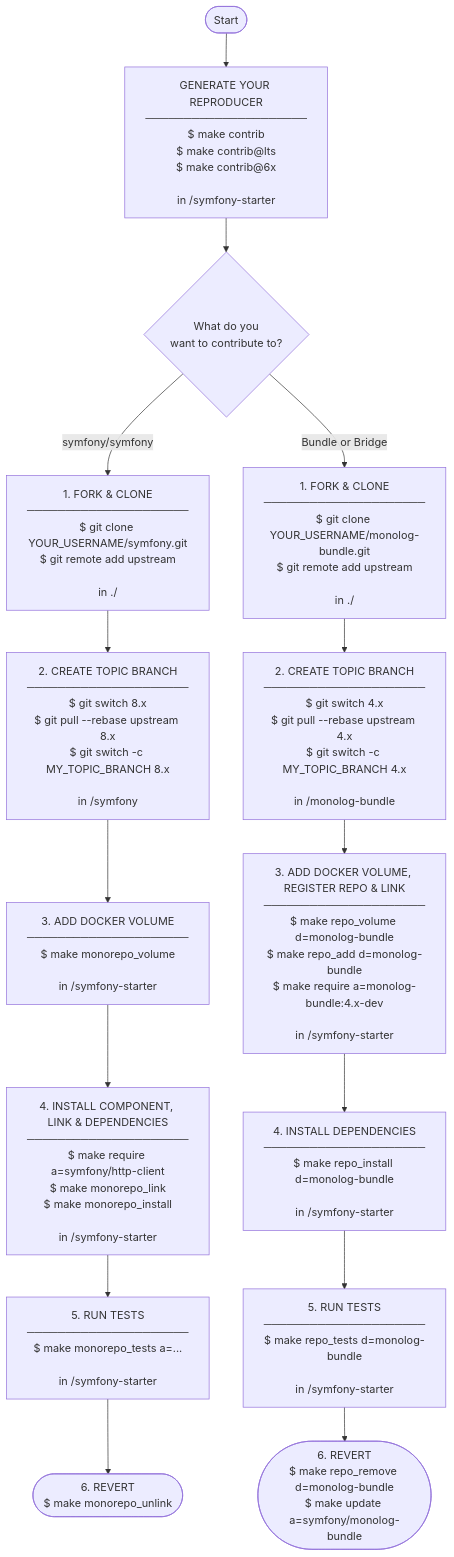
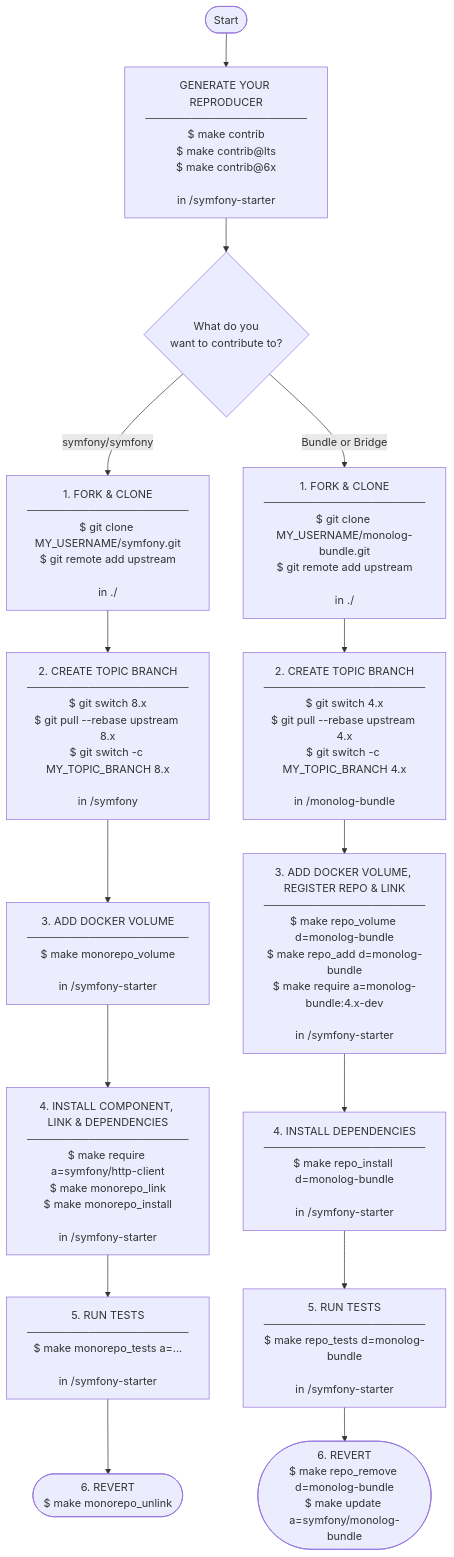
The diagram in .starter/docs/contrib.md (jprivet-dev/symfony-starter), drawn with Mermaid before and after one commit. The commit also changed other lines of this file and 1 other file, not shown here.

Commit message:
docs(all): use MY_USERNAME instead

````diff
--- a/.starter/docs/contrib.md
+++ b/.starter/docs/contrib.md
@@ -238,32 +238,32 @@
 ```mermaid
 flowchart TD
   START([Start]) --> REPRODUCER
   REPRODUCER["GENERATE YOUR REPRODUCER\n─────────────────────\n$ make contrib\n$ make contrib@lts\n$ make contrib@6x\n\nin /symfony-starter"]
   REPRODUCER --> CHOICE{What do you\nwant to contribute to?}
   CHOICE -->|symfony/symfony| M1
   CHOICE -->|Bundle or Bridge| B1
 %% ── MONOREPO WORKFLOW ──────────────────────────────────────
-  M1["1. FORK & CLONE\n─────────────────────\n$ git clone YOUR_USERNAME/symfony.git\n$ git remote add upstream\n\nin ./"]
+  M1["1. FORK & CLONE\n─────────────────────\n$ git clone MY_USERNAME/symfony.git\n$ git remote add upstream\n\nin ./"]
   M1 --> M2
   M2["2. CREATE TOPIC BRANCH\n─────────────────────\n$ git switch 8.x\n$ git pull --rebase upstream 8.x\n$ git switch -c MY_TOPIC_BRANCH 8.x\n\nin /symfony"]
   M2 --> M3
   M3["3. ADD DOCKER VOLUME\n─────────────────────\n$ make monorepo_volume\n\nin /symfony-starter"]
   M3 --> M4
   M4["4. INSTALL COMPONENT, LINK & DEPENDENCIES\n─────────────────────\n$ make require a=symfony/http-client\n$ make monorepo_link\n$ make monorepo_install\n\nin /symfony-starter"]
   M4 --> M5
   M5["5. RUN TESTS\n─────────────────────\n$ make monorepo_tests a=...\n\nin /symfony-starter"]
   M5 --> M6
   M6(["6. REVERT\n$ make monorepo_unlink"])
 %% ── BUNDLE WORKFLOW ────────────────────────────────────────
-  B1["1. FORK & CLONE\n─────────────────────\n$ git clone YOUR_USERNAME/monolog-bundle.git\n$ git remote add upstream\n\nin ./"]
+  B1["1. FORK & CLONE\n─────────────────────\n$ git clone MY_USERNAME/monolog-bundle.git\n$ git remote add upstream\n\nin ./"]
   B1 --> B2
   B2["2. CREATE TOPIC BRANCH\n─────────────────────\n$ git switch 4.x\n$ git pull --rebase upstream 4.x\n$ git switch -c MY_TOPIC_BRANCH 4.x\n\nin /monolog-bundle"]
   B2 --> B3
   B3["3. ADD DOCKER VOLUME, REGISTER REPO & LINK\n─────────────────────\n$ make repo_volume d=monolog-bundle\n$ make repo_add d=monolog-bundle\n$ make require a=monolog-bundle:4.x-dev\n\nin /symfony-starter"]
   B3 --> B4
   B4["4. INSTALL DEPENDENCIES\n─────────────────────\n$ make repo_install d=monolog-bundle\n\nin /symfony-starter"]
   B4 --> B5
   B5["5. RUN TESTS\n─────────────────────\n$ make repo_tests d=monolog-bundle\n\nin /symfony-starter"]
   B5 --> B6
   B6(["6. REVERT\n$ make repo_remove d=monolog-bundle\n$ make update a=symfony/monolog-bundle"])
 ```
````
